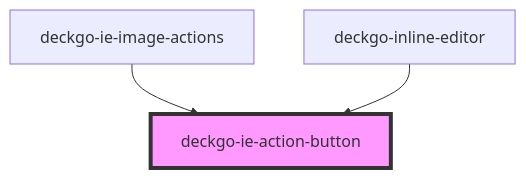
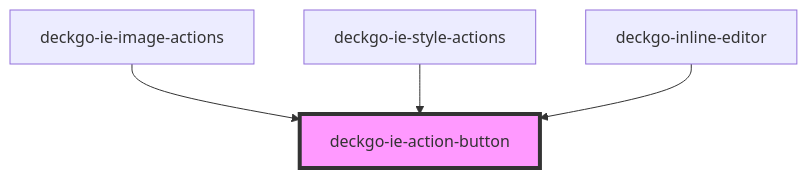
Before and after one commit to deckgo/deckdeckgo: the diagram in webcomponents/inline-editor/src/components/components/action-button/readme.md, drawn with Mermaid. The commit also changed other lines of this file and 9 other files, not shown here.

````diff
--- a/webcomponents/inline-editor/src/components/components/action-button/readme.md
+++ b/webcomponents/inline-editor/src/components/components/action-button/readme.md
@@ -28,6 +29,7 @@
 ```mermaid
 graph TD;
   deckgo-ie-image-actions --> deckgo-ie-action-button
+  deckgo-ie-style-actions --> deckgo-ie-action-button
   deckgo-inline-editor --> deckgo-ie-action-button
   style deckgo-ie-action-button fill:#f9f,stroke:#333,stroke-width:4px
 ```
````
